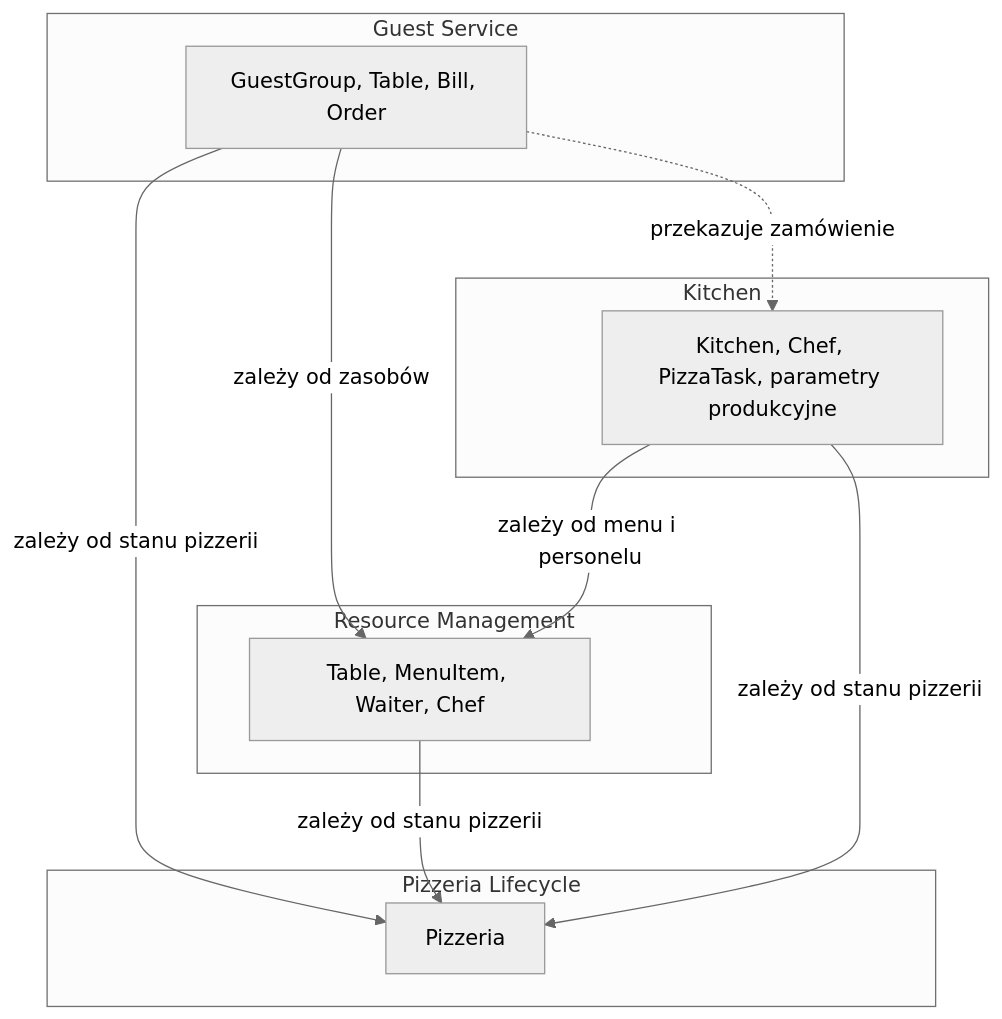
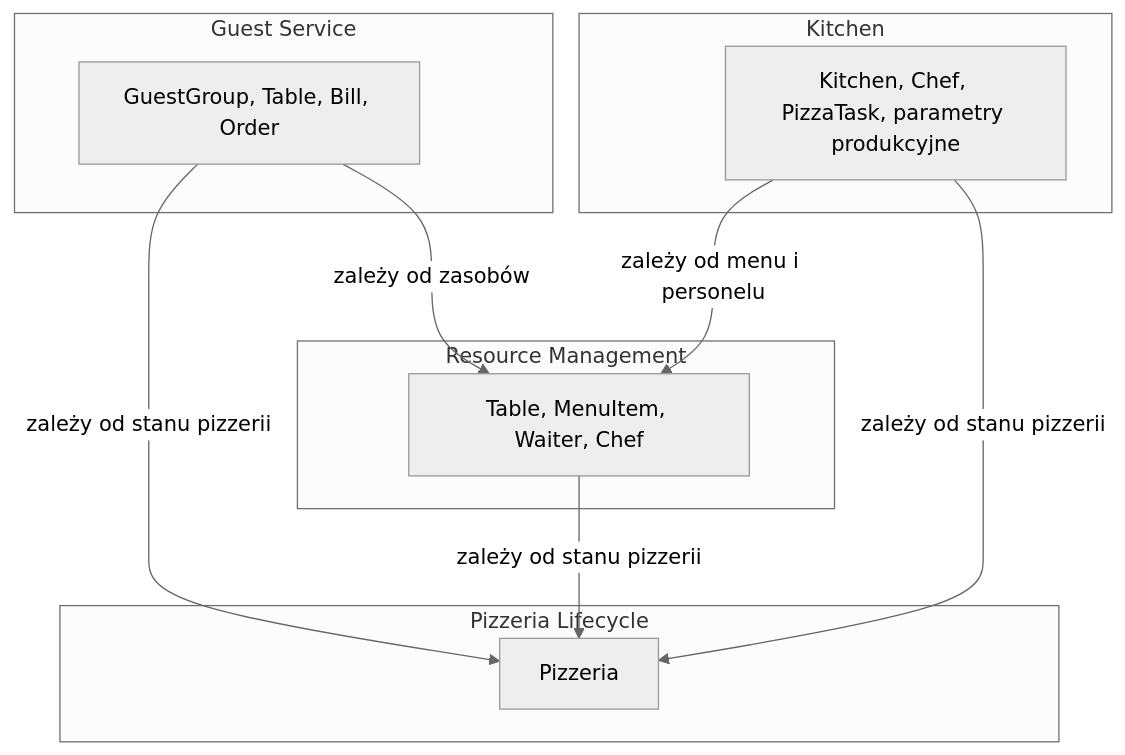
Before and after one commit to mmalessa/pizzeria: the diagram in doc/311_bounded_contexts.md, drawn with Mermaid (neutral theme). The commit also changed 1 other file, not shown here.

Commit message:
Remove unnecessary arrows from diagrams

````diff
--- a/doc/311_bounded_contexts.md
+++ b/doc/311_bounded_contexts.md
@@ -110,26 +110,25 @@
 ```mermaid
 flowchart TD
 
 subgraph Guest["Guest Service"]
   A[GuestGroup, Table, Bill, Order]
 end
 
 subgraph KitchenCtx["Kitchen"]
   B[Kitchen, Chef, PizzaTask, parametry produkcyjne]
 end
 
 subgraph Resource["Resource Management"]
   C[Table, MenuItem, Waiter, Chef]
 end
 
 subgraph Lifecycle["Pizzeria Lifecycle"]
   D[Pizzeria]
 end
 
 A -->|zależy od stanu pizzerii| D
 A -->|zależy od zasobów| C
-A -.->|przekazuje zamówienie| B
 B -->|zależy od menu i personelu| C
 B -->|zależy od stanu pizzerii| D
 C -->|zależy od stanu pizzerii| D
 ```
````
